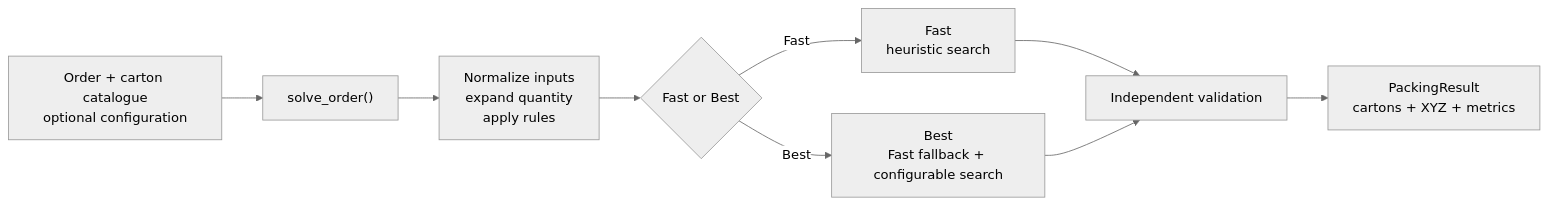
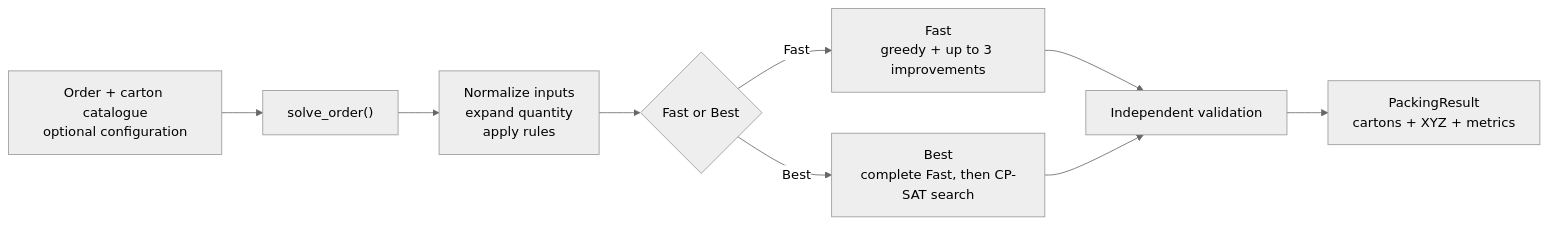
One commit to Voycepeh/ihubsolutions-capstone-project changed the diagram in README.md. Above: the diagram before and after it, drawn with Mermaid (neutral theme). The commit also changed other lines of this file, not shown here.

Commit message:
docs: clarify Fast and Best solver strategies and timeout fallback

````diff
--- a/README.md
+++ b/README.md
@@ -254,13 +256,13 @@
 ```mermaid
 flowchart LR
     I["Order + carton catalogue<br/>optional configuration"] --> API["solve_order()"]
     API --> N["Normalize inputs<br/>expand quantity<br/>apply rules"]
     N --> M{"Fast or Best"}
 
-    M -->|Fast| F["Fast<br/>heuristic search"]
-    M -->|Best| B["Best<br/>Fast fallback + configurable search"]
+    M -->|Fast| F["Fast<br/>greedy + up to 3 improvements"]
+    M -->|Best| B["Best<br/>complete Fast, then CP-SAT search"]
 
     F --> V["Independent validation"]
     B --> V
     V --> R["PackingResult<br/>cartons + XYZ + metrics"]
 ```
````
